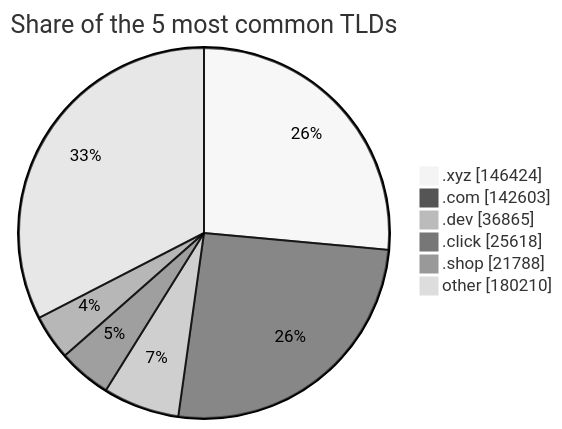
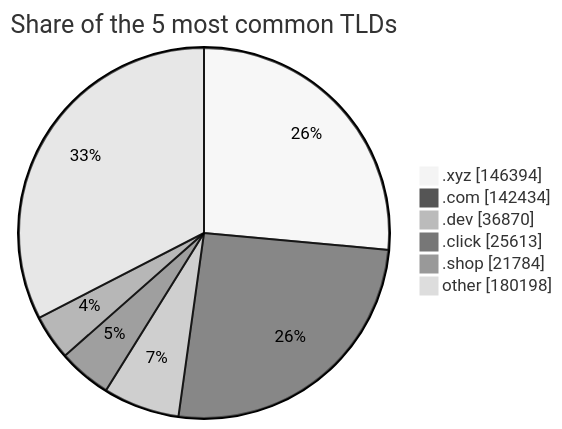
One commit to DNSBunker/CTI changed the third of 3 diagrams in README.md. Above: the diagram before and after it, drawn with Mermaid (neutral theme). The commit also changed other lines of this file and 3 other files, not shown here.

````diff
--- a/README.md
+++ b/README.md
@@ -81,9 +81,9 @@
 ```mermaid
 pie showData title Share of the 5 most common TLDs
-    ".xyz" : 146424
-    ".com" : 142603
-    ".dev" : 36865
-    ".click" : 25618
-    ".shop" : 21788
-    "other" : 180210
+    ".xyz" : 146394
+    ".com" : 142434
+    ".dev" : 36870
+    ".click" : 25613
+    ".shop" : 21784
+    "other" : 180198
 ```
````
